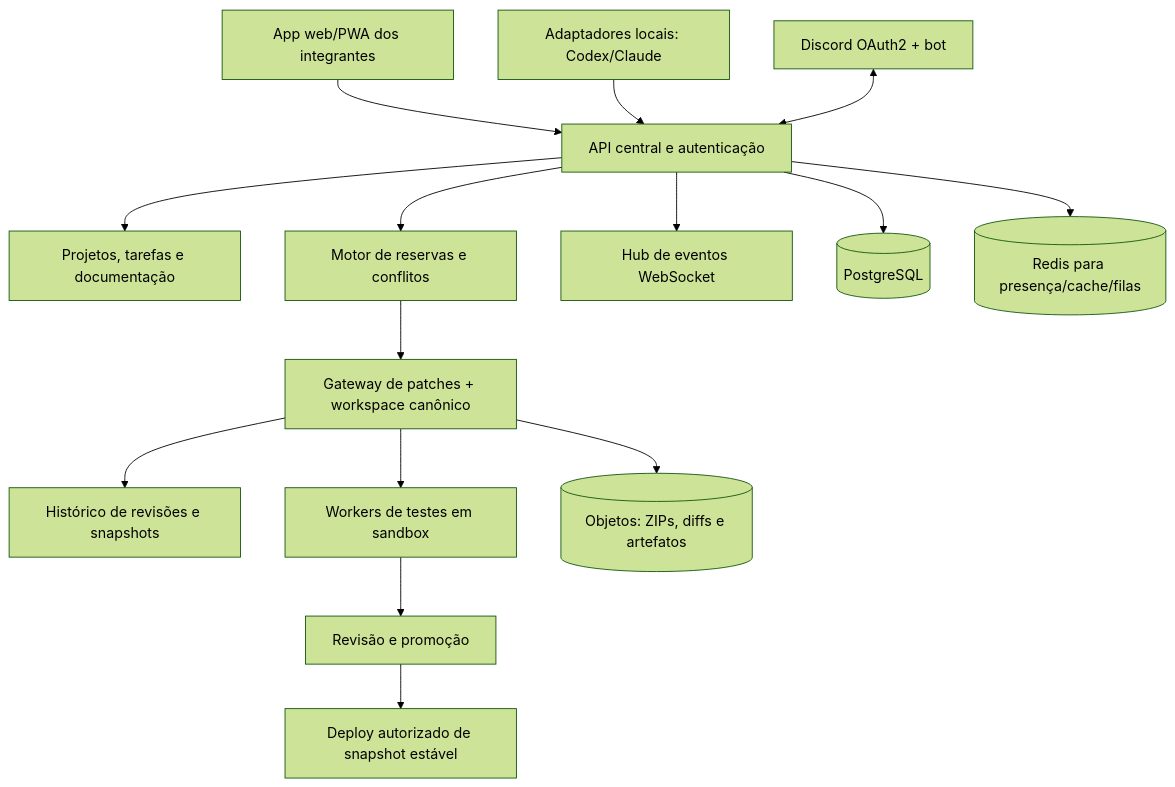
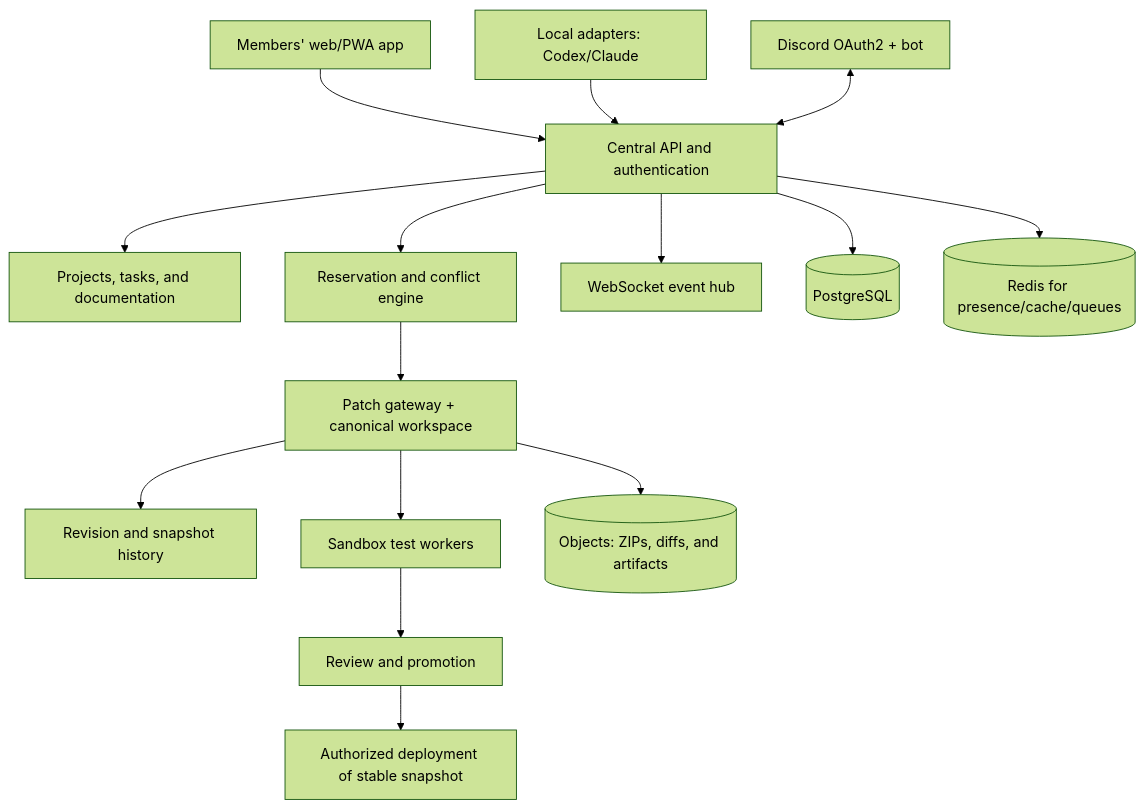
Before and after one commit to marcosbuilds/central: the diagram in docs/plan/05-architecture.md, drawn with Mermaid (forest theme). The commit also changed other lines of this file and 62 other files, not shown here.

````diff
--- a/docs/plan/05-architecture.md
+++ b/docs/plan/05-architecture.md
@@ -9,17 +12,17 @@
 ```mermaid
 flowchart TB
-    U[App web/PWA dos integrantes] --> G[API central e autenticação]
-    L[Adaptadores locais: Codex/Claude] --> G
+    U[Members' web/PWA app] --> G[Central API and authentication]
+    L[Local adapters: Codex/Claude] --> G
     D[Discord OAuth2 + bot] <--> G
-    G --> P[Projetos, tarefas e documentação]
-    G --> C[Motor de reservas e conflitos]
-    G --> E[Hub de eventos WebSocket]
-    C --> W[Gateway de patches + workspace canônico]
-    W --> V[Histórico de revisões e snapshots]
-    W --> Q[Workers de testes em sandbox]
-    Q --> R[Revisão e promoção]
-    R --> X[Deploy autorizado de snapshot estável]
+    G --> P[Projects, tasks, and documentation]
+    G --> C[Reservation and conflict engine]
+    G --> E[WebSocket event hub]
+    C --> W[Patch gateway + canonical workspace]
+    W --> V[Revision and snapshot history]
+    W --> Q[Sandbox test workers]
+    Q --> R[Review and promotion]
+    R --> X[Authorized deployment of stable snapshot]
     G --> DB[(PostgreSQL)]
-    G --> B[(Redis para presença/cache/filas)]
-    W --> O[(Objetos: ZIPs, diffs e artefatos)]
+    G --> B[(Redis for presence/cache/queues)]
+    W --> O[(Objects: ZIPs, diffs, and artifacts)]
 ```
````
